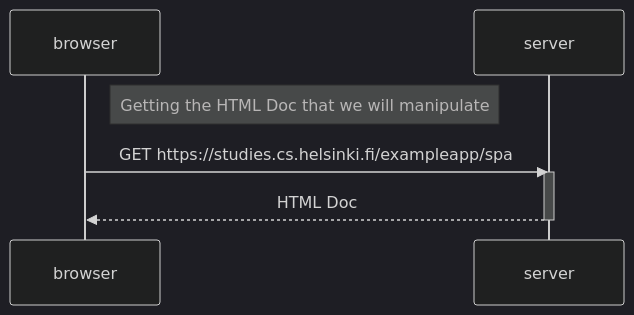
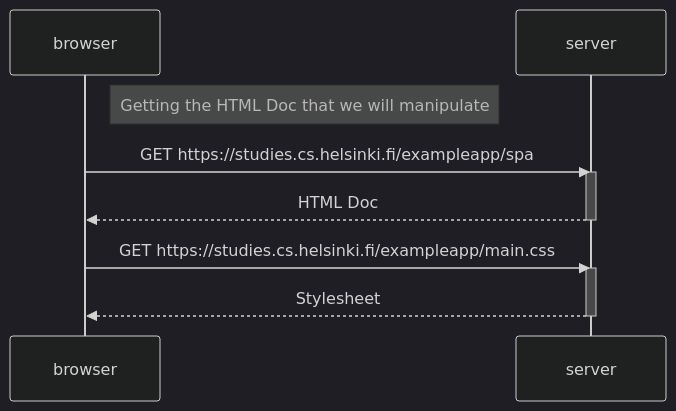
The diagram in part0/0.5.md (gokuman86/fullstackopen), drawn with Mermaid (dark theme) before and after one commit.

````diff
--- a/part0/0.5.md
+++ b/part0/0.5.md
@@ -1,12 +1,17 @@
 ```mermaid
 sequenceDiagram
 
   participant browser
   participant server
 
   Note right of browser: Getting the HTML Doc that we will manipulate
   browser->>server: GET https://studies.cs.helsinki.fi/exampleapp/spa
   activate server
   server-->>browser: HTML Doc
   deactivate server
+
+  browser->>server: GET https://studies.cs.helsinki.fi/exampleapp/main.css
+  activate server
+  server-->>browser: Stylesheet
+  deactivate server
 ```
````
